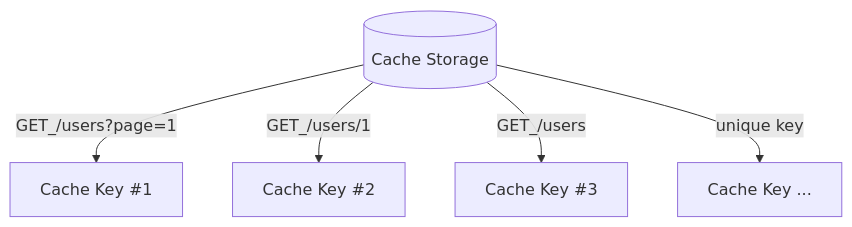
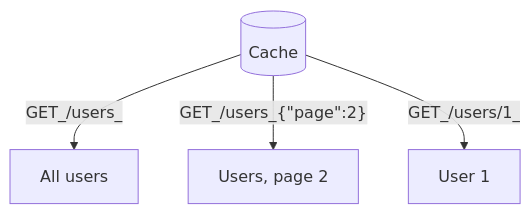
One commit to BetterTyped/hyper-fetch changed the second of 3 diagrams in documentation/docs/core/data-flow.mdx. Above: the diagram before and after it, drawn with Mermaid. The commit also changed other lines of this file and 211 other files, not shown here.

````diff
--- a/documentation/docs/core/data-flow.mdx
+++ b/documentation/docs/core/data-flow.mdx
@@ -57,8 +55,7 @@
 ```mermaid
 graph TD
-  C[(Cache Storage)]
-  C -->|"GET_/users?page=1"| D[Cache Key #1]
-  C -->|"GET_/users/1"| E[Cache Key #2]
-  C -->|"GET_/users"| F[Cache Key #3]
-  C -->|unique key| G[Cache Key ...]
+  C[(Cache)]
+  C -->|"GET_/users_"| A[All users]
+  C -->|"GET_/users_{#quot;page#quot;:2}"| B[Users, page 2]
+  C -->|"GET_/users/1_"| D[User 1]
 ```
````
